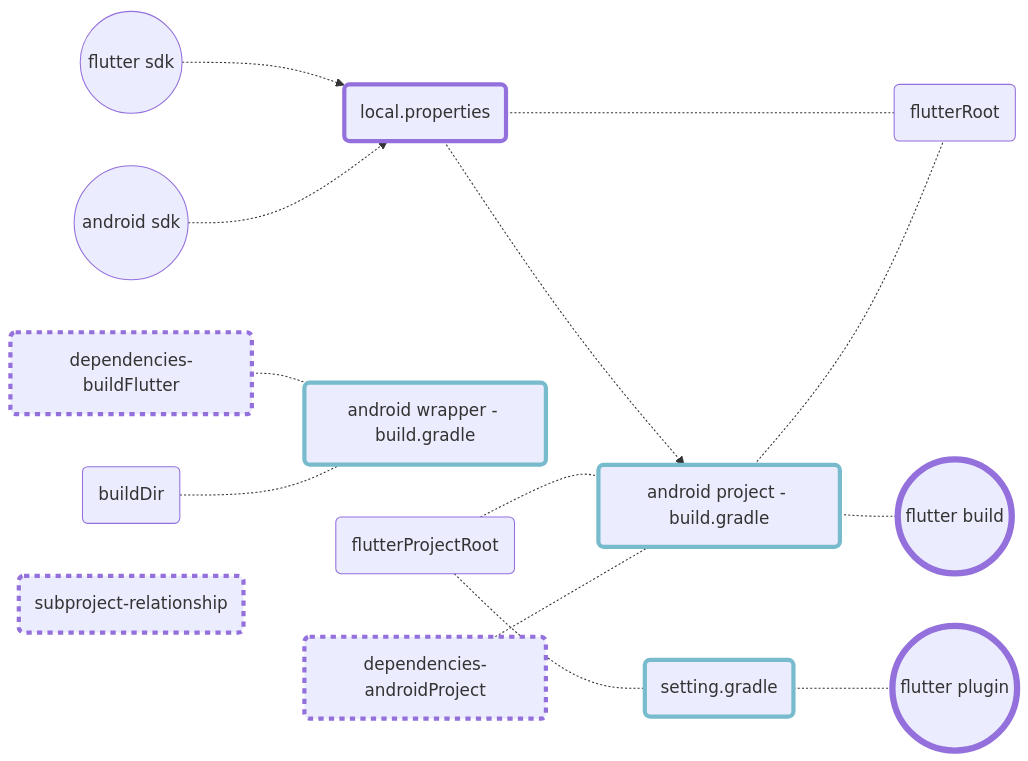
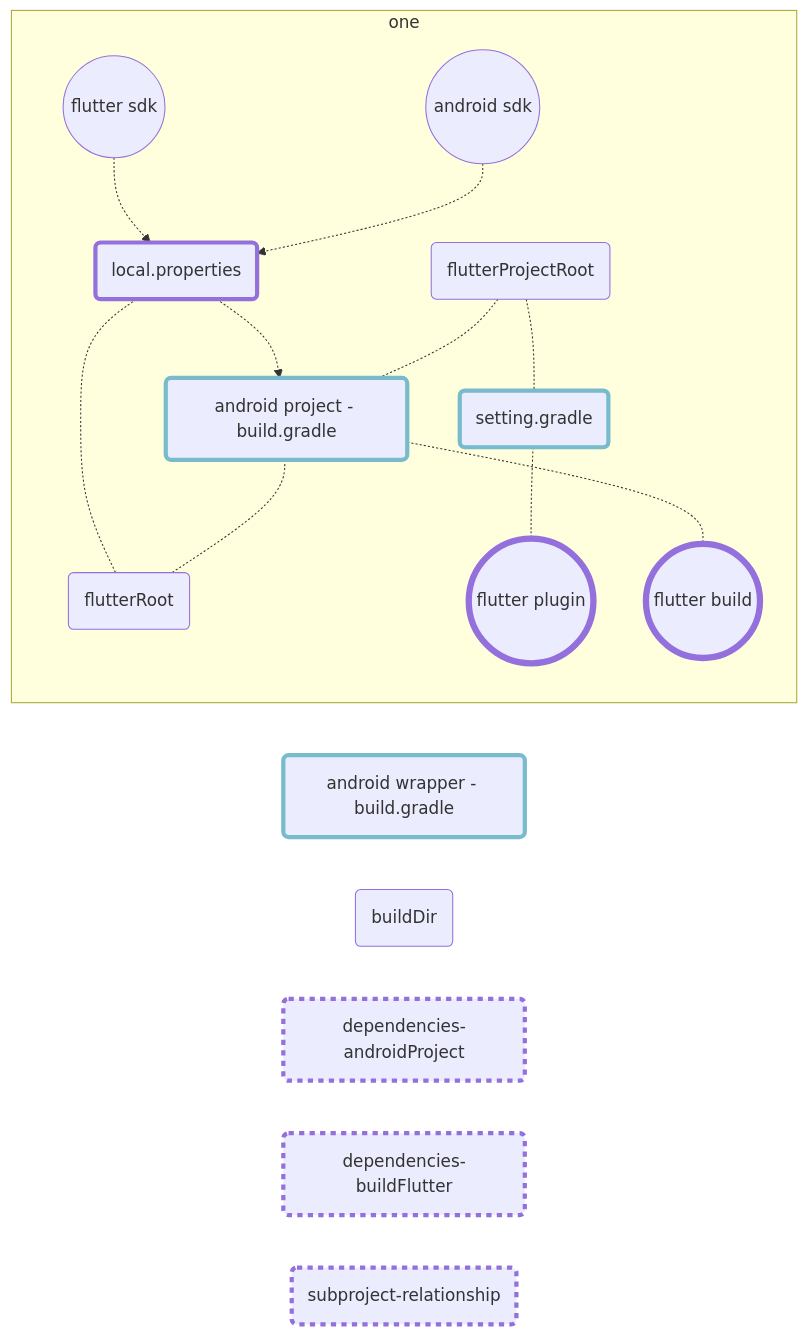
Before and after one commit to gordianknotC/nxp_note: the second of 3 diagrams in flutter/addAndroidProjIntoFlutter.md, drawn with Mermaid. The commit also changed other lines of this file, not shown here.

Commit message:
flutter/addAndroidProjIntoFlutter.md updated from https://stackedit.io/

````diff
--- a/flutter/addAndroidProjIntoFlutter.md
+++ b/flutter/addAndroidProjIntoFlutter.md
@@ -241,45 +241,45 @@
 ```mermaid
 graph LR
 	fdk((flutter sdk))
 	adk((android sdk))
 	
 	fbuild((flutter build))
 	fpgn((flutter plugin))
 	style fbuild stroke-width:6px   
 	style fpgn stroke-width:6px 
 	
 	loc(local.properties)
 	style loc stroke-width:4px   
 	
 	set(setting.gradle)
 	b1(android wrapper - build.gradle)
 	b2(android project - build.gradle)
 	style b1 stroke-width:4px, stroke:#7bc
 	style b2 stroke-width:4px, stroke:#7bc
 	style set stroke-width:4px, stroke:#7bc
 
 	dfr(flutterRoot)
 	dfp(flutterProjectRoot)
 	dfb(buildDir)
 	
 	dandroid(dependencies-androidProject)
 	dflutter(dependencies-buildFlutter)
 	dsub(subproject-relationship)
 	style dandroid stroke-width:4px, stroke-dasharray: 5
 	style dflutter stroke-width:4px, stroke-dasharray: 5
 	style dsub stroke-width:4px, stroke-dasharray: 5
 	
-	
+	subgraph one
 	fdk -.-> loc
 	adk -.-> loc
 	loc -.-> b2
 	loc -.- dfr
 	b2 -.- dfr
 	dfp -.- b2
 	dfp -.- set
 	set -.- fpgn
 	b2 -.- fbuild
-dandroid -.- b2
-dflutter -.- b1
-dfb -.- b1
+	
+	end
+
 ```
````
